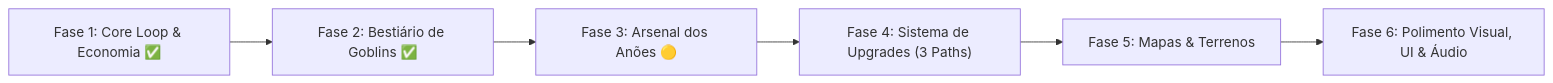
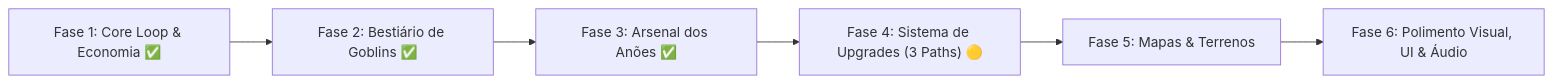
The diagram in ROADMAP.md (WesleyFreitass/DwarvesTD), drawn with Mermaid before and after one commit. The commit also changed other lines of this file and 51 other files, not shown here.

````diff
--- a/ROADMAP.md
+++ b/ROADMAP.md
@@ -9,8 +9,8 @@
 ```mermaid
 flowchart LR
     Fase1["Fase 1: Core Loop & Economia ✅"] --> Fase2["Fase 2: Bestiário de Goblins ✅"]
-    Fase2 --> Fase3["Fase 3: Arsenal dos Anões 🟡"]
-    Fase3 --> Fase4["Fase 4: Sistema de Upgrades (3 Paths)"]
+    Fase2 --> Fase3["Fase 3: Arsenal dos Anões ✅"]
+    Fase3 --> Fase4["Fase 4: Sistema de Upgrades (3 Paths) 🟡"]
     Fase4 --> Fase5["Fase 5: Mapas & Terrenos"]
     Fase5 --> Fase6["Fase 6: Polimento Visual, UI & Áudio"]
 ```
````
